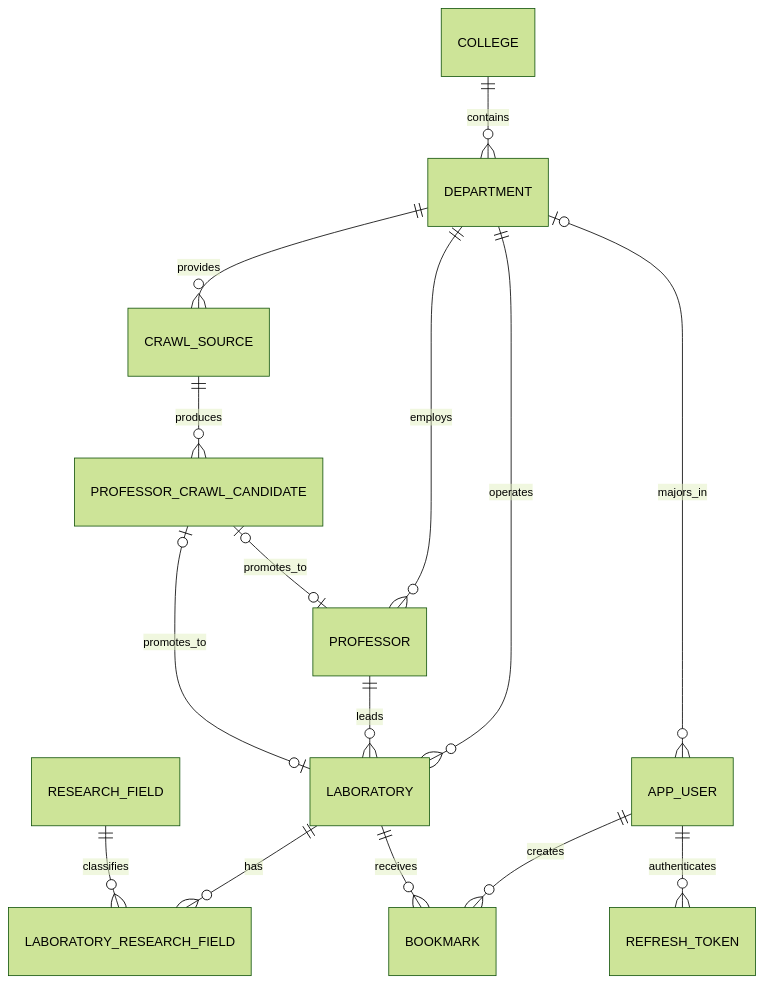
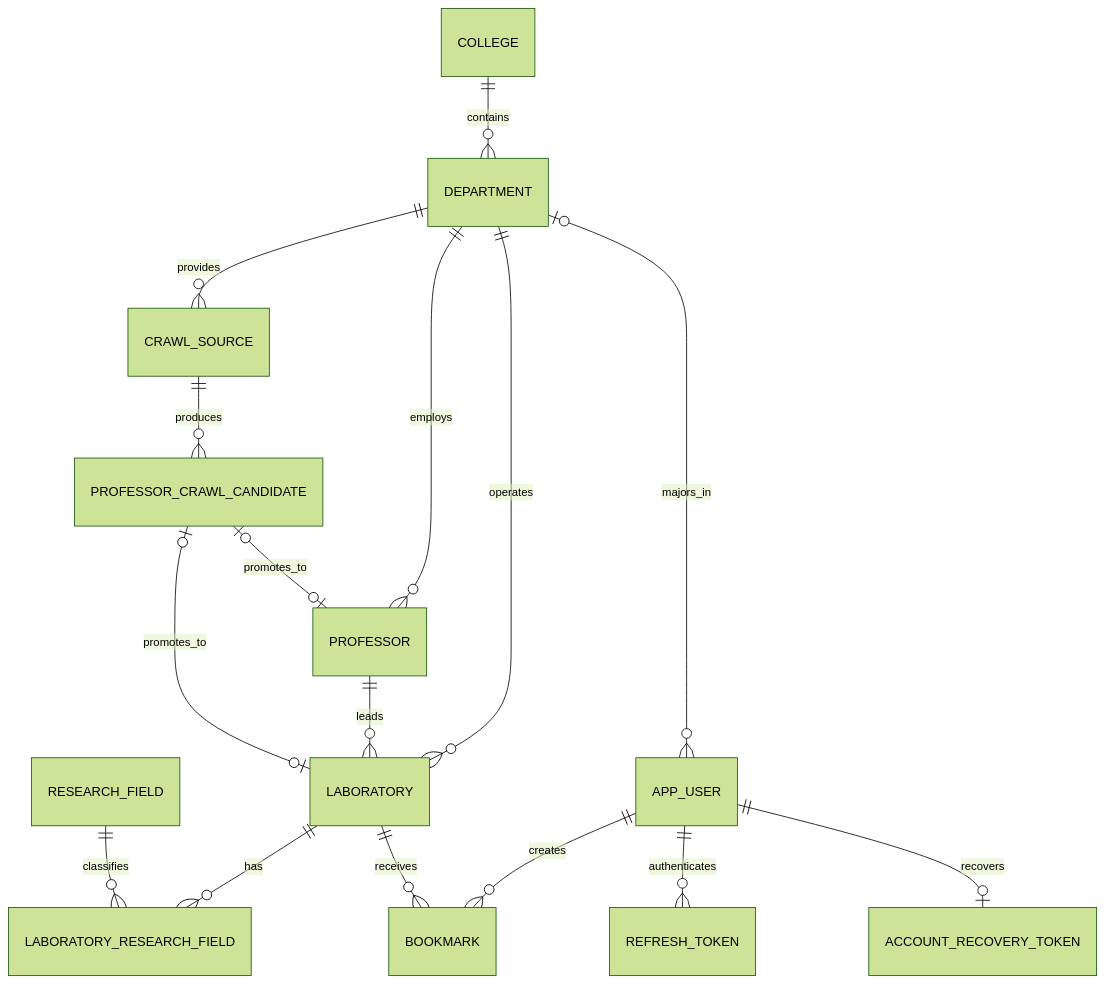
One commit to greedy-team/SEBU-backend changed the diagram in docs/erd.md. Above: the diagram before and after it, drawn with Mermaid (forest theme). The commit also changed other lines of this file and 51 other files, not shown here.

````diff
--- a/docs/erd.md
+++ b/docs/erd.md
@@ -3,17 +3,18 @@
 ```mermaid
 erDiagram
     COLLEGE ||--o{ DEPARTMENT : contains
     DEPARTMENT ||--o{ PROFESSOR : employs
     DEPARTMENT ||--o{ LABORATORY : operates
     DEPARTMENT ||--o{ CRAWL_SOURCE : provides
     PROFESSOR ||--o{ LABORATORY : leads
     CRAWL_SOURCE ||--o{ PROFESSOR_CRAWL_CANDIDATE : produces
     PROFESSOR_CRAWL_CANDIDATE o|--o| PROFESSOR : promotes_to
     PROFESSOR_CRAWL_CANDIDATE o|--o| LABORATORY : promotes_to
     LABORATORY ||--o{ LABORATORY_RESEARCH_FIELD : has
     RESEARCH_FIELD ||--o{ LABORATORY_RESEARCH_FIELD : classifies
     DEPARTMENT o|--o{ APP_USER : majors_in
     APP_USER ||--o{ BOOKMARK : creates
     APP_USER ||--o{ REFRESH_TOKEN : authenticates
+    APP_USER ||--o| ACCOUNT_RECOVERY_TOKEN : recovers
     LABORATORY ||--o{ BOOKMARK : receives
 ```
````
